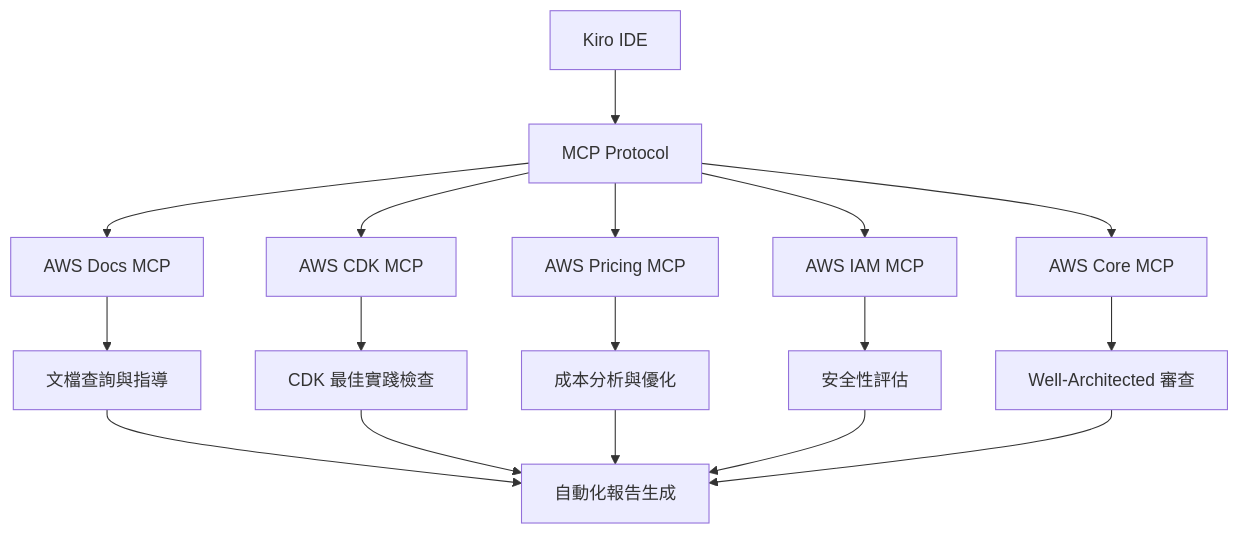
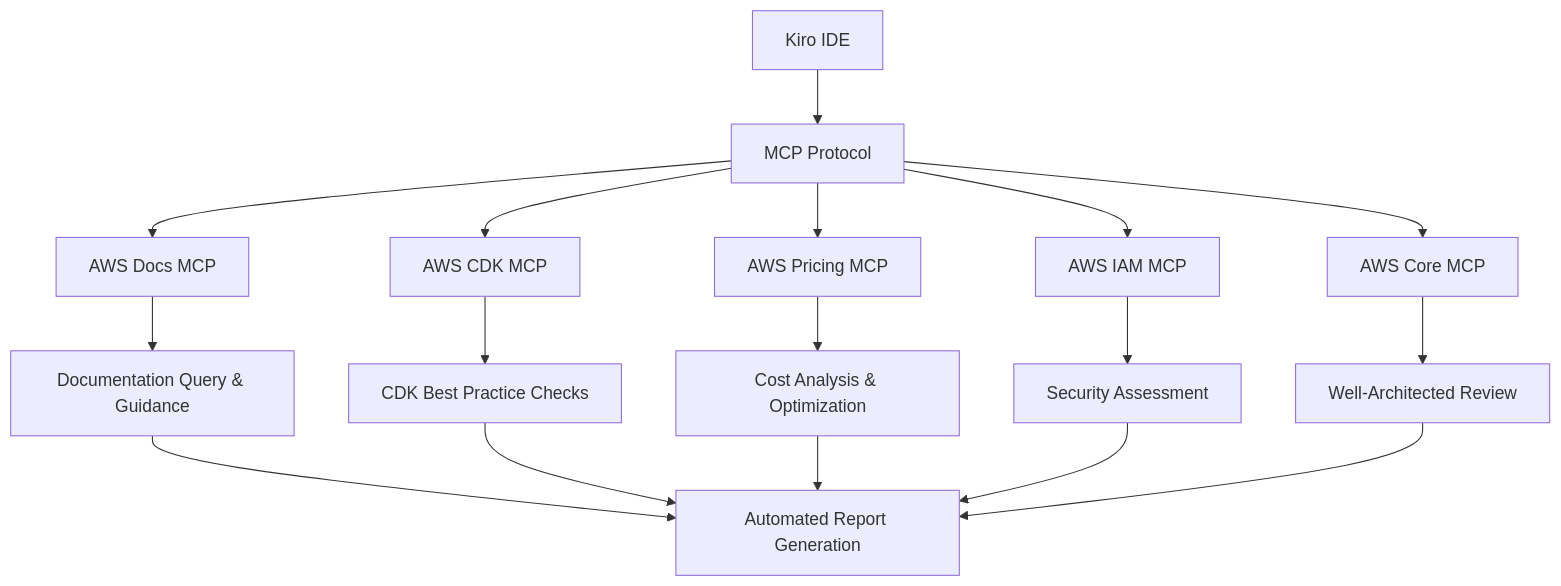
Before and after one commit to humank/genai-demo: the first of 2 diagrams in docs/architecture/mcp-integration-importance.md, drawn with Mermaid. The commit also changed other lines of this file and 453 other files, not shown here.

First line of the commit message:
feat: Complete translation of key architecture and API documentation

````diff
--- a/docs/architecture/mcp-integration-importance.md
+++ b/docs/architecture/mcp-integration-importance.md
@@ -100,21 +100,21 @@
 ```mermaid
 graph TB
     A[Kiro IDE] --> B[MCP Protocol]
     B --> C[AWS Docs MCP]
     B --> D[AWS CDK MCP]
     B --> E[AWS Pricing MCP]
     B --> F[AWS IAM MCP]
     B --> G[AWS Core MCP]
     
-    C --> H[文檔查詢與指導]
-    D --> I[CDK 最佳實踐檢查]
-    E --> J[成本分析與優化]
-    F --> K[安全性評估]
-    G --> L[Well-Architected 審查]
+    C --> H[Documentation Query & Guidance]
+    D --> I[CDK Best Practice Checks]
+    E --> J[Cost Analysis & Optimization]
+    F --> K[Security Assessment]
+    G --> L[Well-Architected Review]
     
-    H --> M[自動化報告生成]
+    H --> M[Automated Report Generation]
     I --> M
     J --> M
     K --> M
     L --> M
 ```
````
